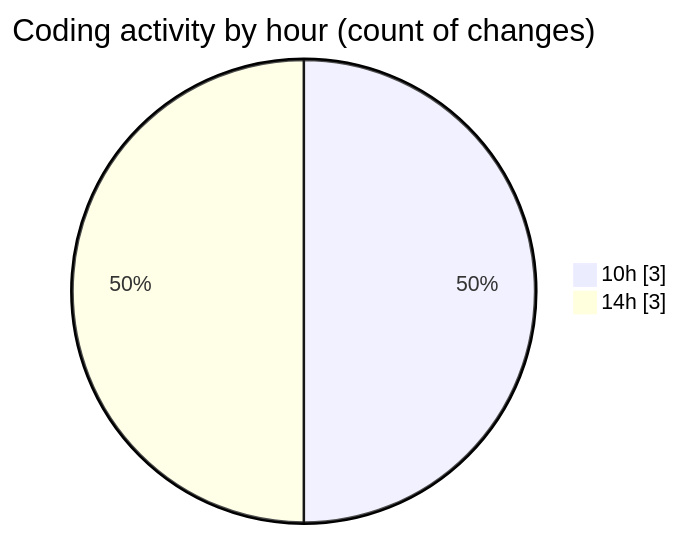
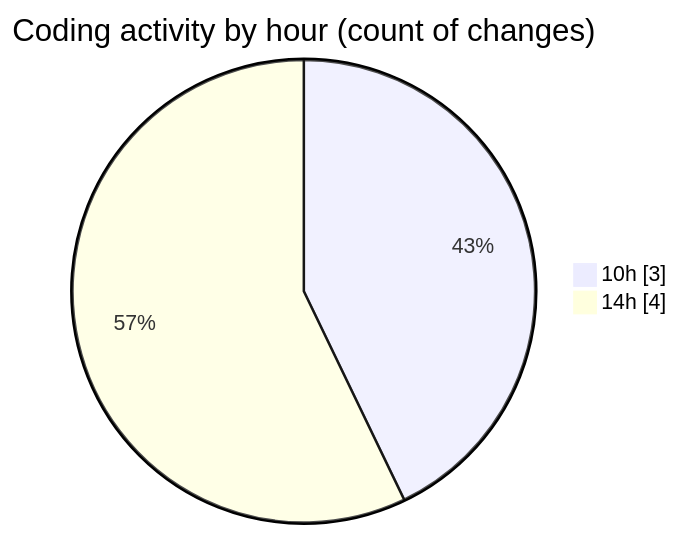
Before and after one commit to nxtqubesakshisongat/code-tracking: the second of 2 diagrams in 2026-02-24/nxtqube_webapp/README.md, drawn with Mermaid. The commit also changed other lines of this file and 1 other file, not shown here.

````diff
--- a/2026-02-24/nxtqube_webapp/README.md
+++ b/2026-02-24/nxtqube_webapp/README.md
@@ -33,6 +33,6 @@
 ```mermaid
 pie showData
 title Coding activity by hour (count of changes)
 "10h" : 3
-"14h" : 3
+"14h" : 4
 ```
````
